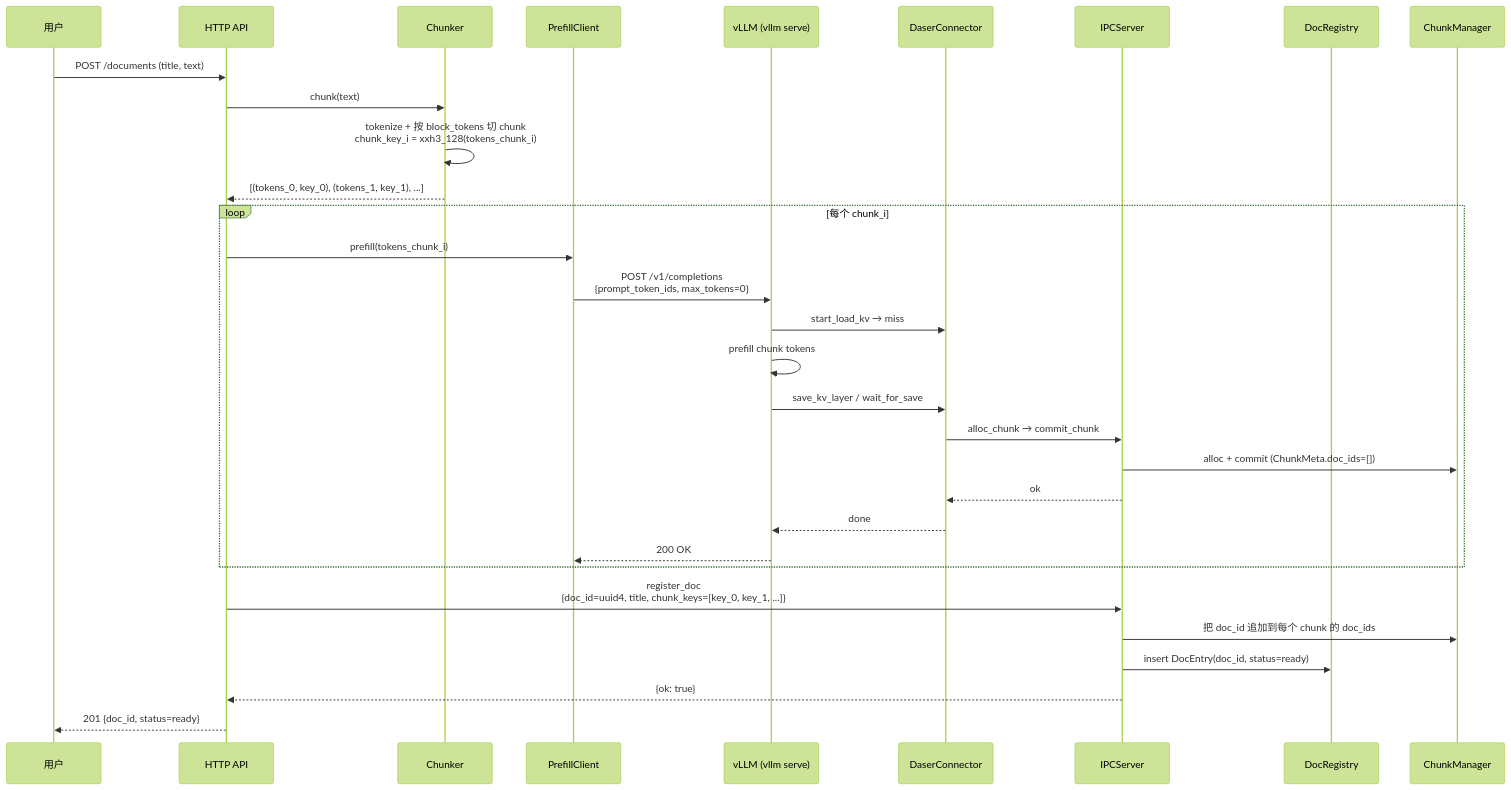
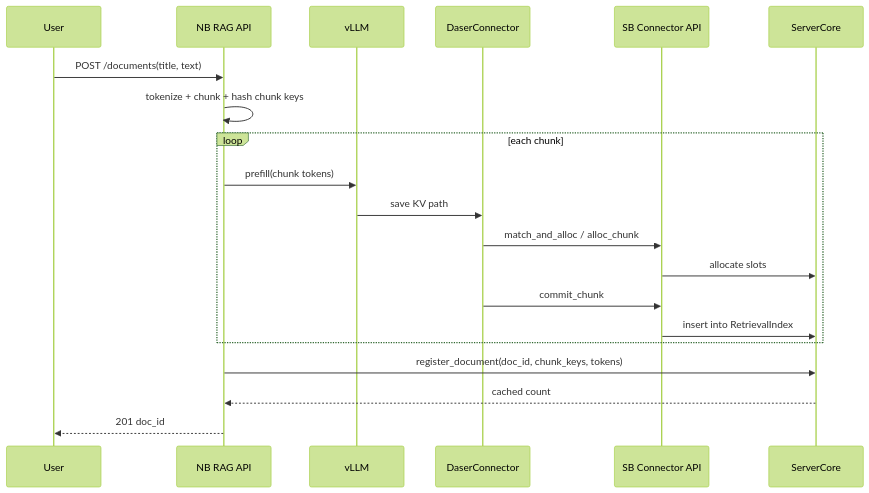
The second of 3 diagrams in docs/design/serve.md (GentleCold/DaseR), drawn with Mermaid (forest theme) before and after one commit. The commit also changed other lines of this file and 27 other files, not shown here.

````diff
--- a/docs/design/serve.md
+++ b/docs/design/serve.md
@@ -173,36 +150,23 @@
 ```mermaid
 sequenceDiagram
-    participant U as 用户
-    participant H as HTTP API
-    participant K as Chunker
-    participant P as PrefillClient
-    participant V as vLLM (vllm serve)
-    participant D as DaserConnector
-    participant I as IPCServer
-    participant DR as DocRegistry
-    participant CM as ChunkManager
+    participant U as User
+    participant NB as NB RAG API
+    participant V as vLLM
+    participant DC as DaserConnector
+    participant SB as SB Connector API
+    participant C as ServerCore
 
-    U->>H: POST /documents (title, text)
-    H->>K: chunk(text)
-    K->>K: tokenize + 按 block_tokens 切 chunk<br/>chunk_key_i = xxh3_128(tokens_chunk_i)
-    K-->>H: [(tokens_0, key_0), (tokens_1, key_1), ...]
-
-    loop 每个 chunk_i
-        H->>P: prefill(tokens_chunk_i)
-        P->>V: POST /v1/completions<br/>{prompt_token_ids, max_tokens=0}
-        V->>D: start_load_kv → miss
-        V->>V: prefill chunk tokens
-        V->>D: save_kv_layer / wait_for_save
-        D->>I: alloc_chunk → commit_chunk
-        I->>CM: alloc + commit (ChunkMeta.doc_ids=[])
-        I-->>D: ok
-        D-->>V: done
-        V-->>P: 200 OK
+    U->>NB: POST /documents(title, text)
+    NB->>NB: tokenize + chunk + hash chunk keys
+    loop each chunk
+        NB->>V: prefill(chunk tokens)
+        V->>DC: save KV path
+        DC->>SB: match_and_alloc / alloc_chunk
+        SB->>C: allocate slots
+        DC->>SB: commit_chunk
+        SB->>C: insert into RetrievalIndex
     end
-
-    H->>I: register_doc<br/>{doc_id=uuid4, title, chunk_keys=[key_0, key_1, ...]}
-    I->>CM: 把 doc_id 追加到每个 chunk 的 doc_ids
-    I->>DR: insert DocEntry(doc_id, status=ready)
-    I-->>H: {ok: true}
-    H-->>U: 201 {doc_id, status=ready}
+    NB->>C: register_document(doc_id, chunk_keys, tokens)
+    C-->>NB: cached count
+    NB-->>U: 201 doc_id
 ```
````
